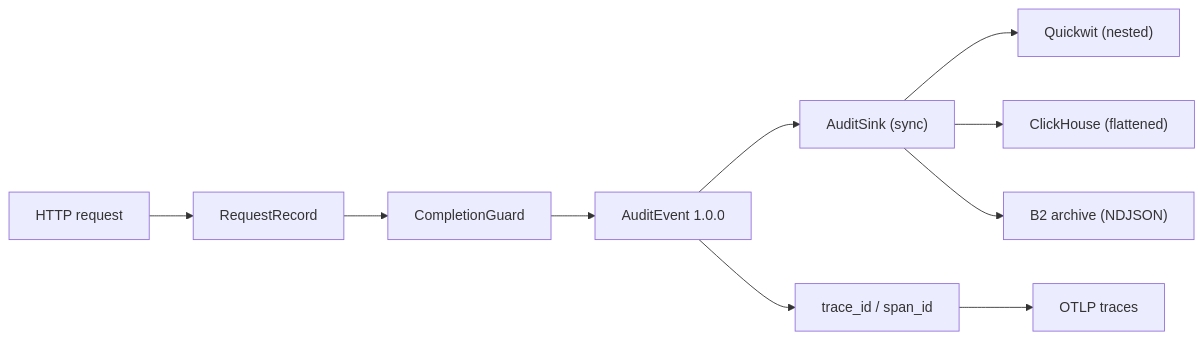
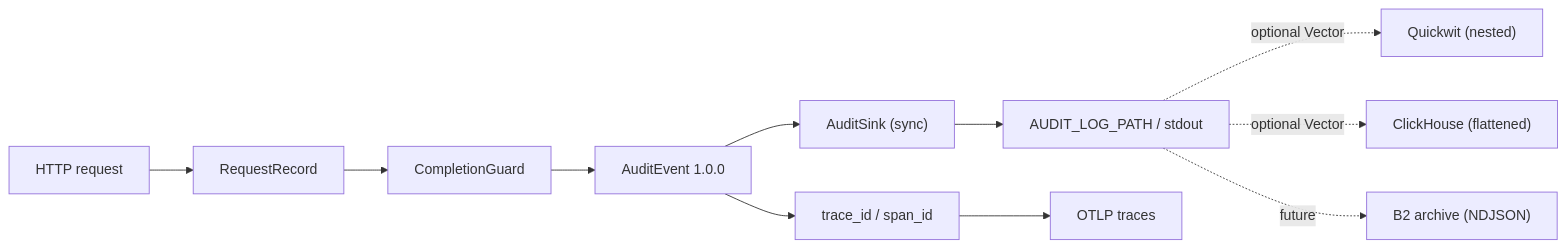
One commit to mkroman/neuradex changed the first of 3 diagrams in docs/architecture/event-model.md. Above: the diagram before and after it, drawn with Mermaid. The commit also changed other lines of this file and 22 other files, not shown here.

````diff
--- a/docs/architecture/event-model.md
+++ b/docs/architecture/event-model.md
@@ -13,12 +14,13 @@
 ```mermaid
 flowchart LR
     R["HTTP request"] --> B["RequestRecord"]
     B --> G["CompletionGuard"]
     G --> E["AuditEvent 1.0.0"]
     E --> S["AuditSink (sync)"]
-    S --> Q["Quickwit (nested)"]
-    S --> C["ClickHouse (flattened)"]
-    S --> A["B2 archive (NDJSON)"]
+    S --> L["AUDIT_LOG_PATH / stdout"]
+    L -. optional Vector .-> Q["Quickwit (nested)"]
+    L -. optional Vector .-> C["ClickHouse (flattened)"]
+    L -. future .-> A["B2 archive (NDJSON)"]
     E --> T["trace_id / span_id"]
     T --> J["OTLP traces"]
 ```
````
